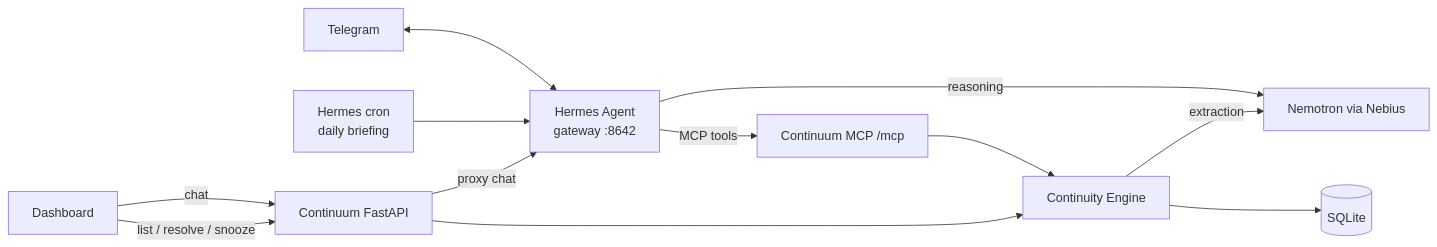
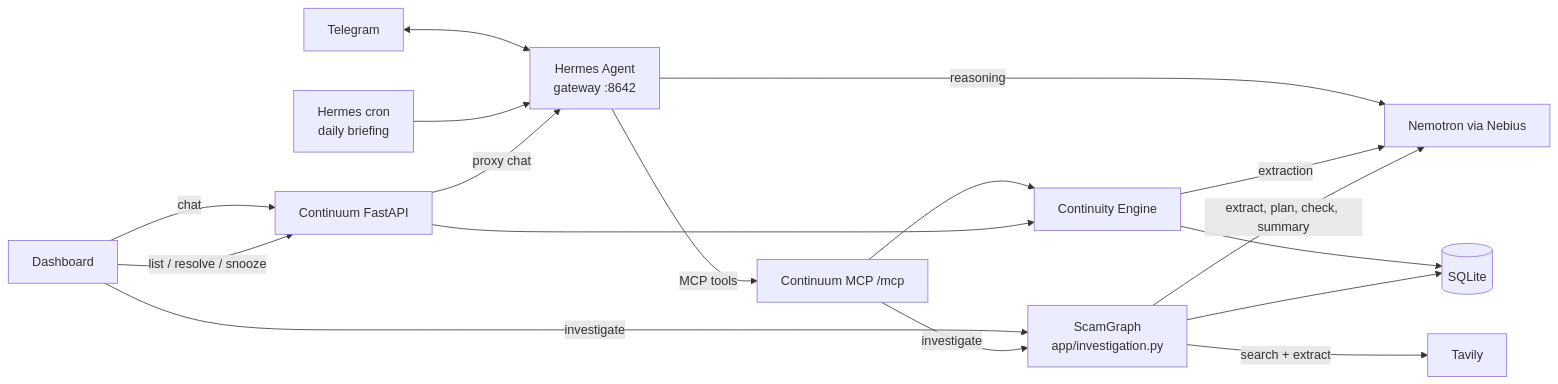
The diagram in README.md (ADAMAMZAR/rickrolled_nebiusxtavily), drawn with Mermaid before and after one commit. The commit also changed other lines of this file and 13 other files, not shown here.

First line of the commit message:
Phase 4 H4: evidence graph, ScamGraph page, investigate MCP tool, APP_PASSWORD, README

````diff
--- a/README.md
+++ b/README.md
@@ -27,14 +39,19 @@
 ```mermaid
 flowchart LR
     UI[Dashboard] -->|chat| API[Continuum FastAPI]
     UI -->|list / resolve / snooze| API
     TG[Telegram] <--> H
     CRON[Hermes cron<br/>daily briefing] --> H
     API -->|proxy chat| H[Hermes Agent<br/>gateway :8642]
     H -->|reasoning| N[Nemotron via Nebius]
     H -->|MCP tools| MCP[Continuum MCP /mcp]
     MCP --> E[Continuity Engine]
     API --> E
     E -->|extraction| N
     E --> DB[(SQLite)]
+    UI -->|investigate| I[ScamGraph<br/>app/investigation.py]
+    MCP -->|investigate| I
+    I -->|extract, plan, check, summary| N
+    I -->|search + extract| T[Tavily]
+    I --> DB
 ```
````
